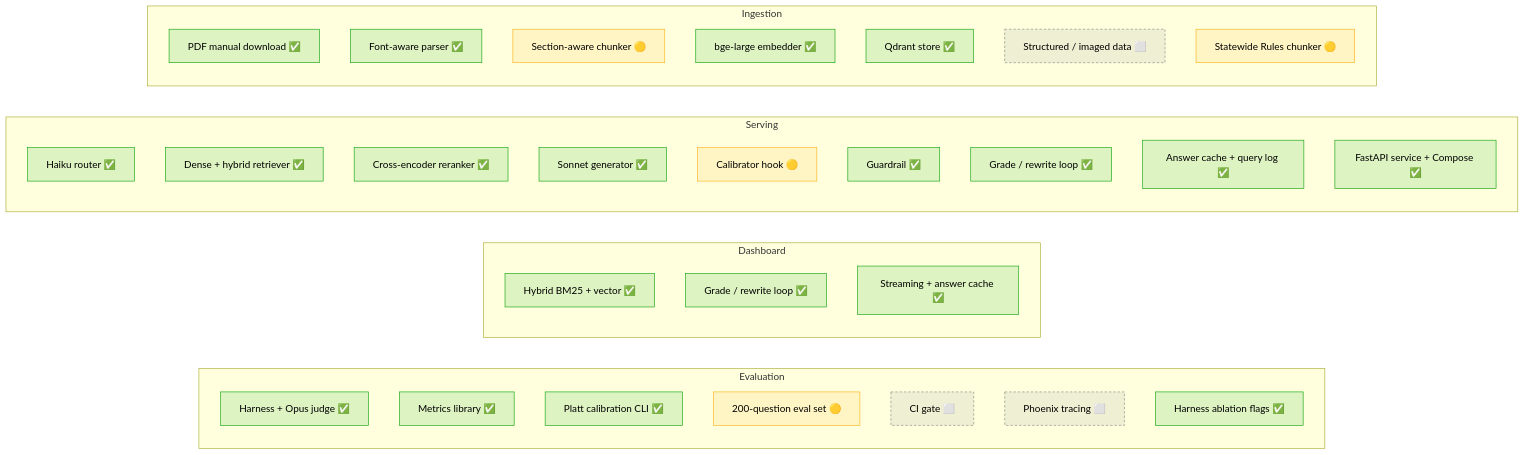
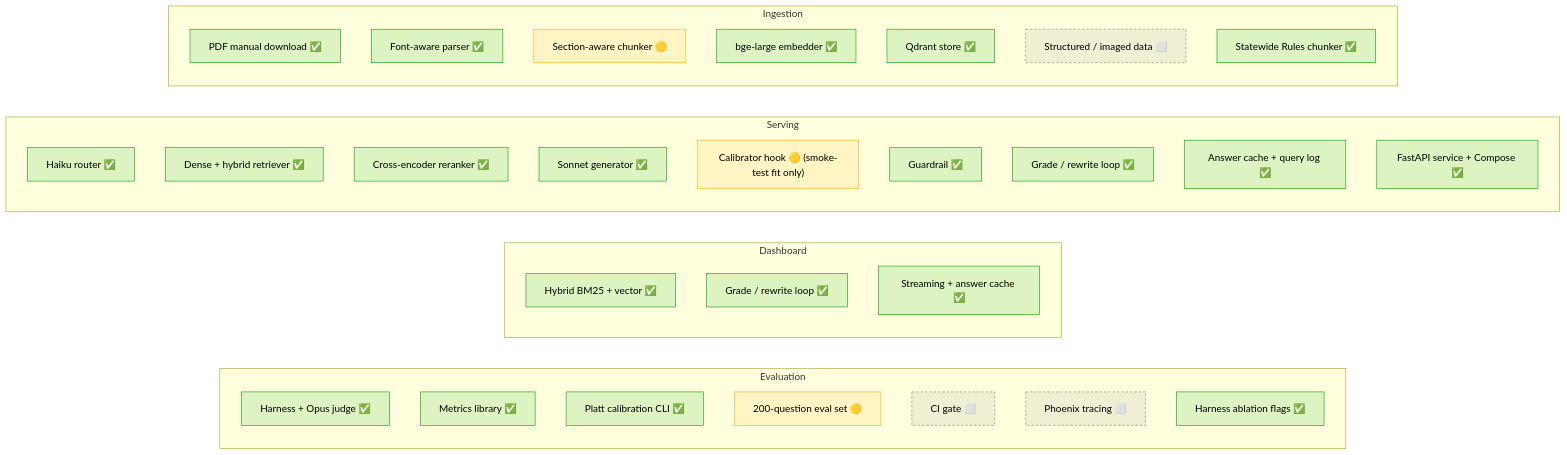
One commit to drealchux/troa changed the second of 9 diagrams in ARCHITECTURE.md. Above: the diagram before and after it, drawn with Mermaid. The commit also changed other lines of this file and 18 other files, not shown here.

````diff
--- a/ARCHITECTURE.md
+++ b/ARCHITECTURE.md
@@ -93,45 +93,45 @@
 ```mermaid
 flowchart LR
     classDef done fill:#0ca30c22,stroke:#0ca30c,color:inherit
     classDef partial fill:#fab21922,stroke:#fab219,color:inherit
     classDef planned fill:#88888822,stroke:#888888,stroke-dasharray:4 3,color:inherit
 
     subgraph Evaluation
         direction TB
         C1["Harness + Opus judge ✅"]:::done
         C2["Metrics library ✅"]:::done
         C3["Platt calibration CLI ✅"]:::done
         C4["200-question eval set 🟡"]:::partial
         C5["CI gate ⬜"]:::planned
         C6["Phoenix tracing ⬜"]:::planned
         C7["Harness ablation flags ✅"]:::done
     end
     subgraph Dashboard
         direction TB
         D1["Hybrid BM25 + vector ✅"]:::done
         D2["Grade / rewrite loop ✅"]:::done
         D3["Streaming + answer cache ✅"]:::done
     end
     subgraph Serving
         direction TB
         B1["Haiku router ✅"]:::done
         B2["Dense + hybrid retriever ✅"]:::done
         B3["Cross-encoder reranker ✅"]:::done
         B4["Sonnet generator ✅"]:::done
-        B5["Calibrator hook 🟡"]:::partial
+        B5["Calibrator hook 🟡 (smoke-test fit only)"]:::partial
         B6["Guardrail ✅"]:::done
         B8["Grade / rewrite loop ✅"]:::done
         B9["Answer cache + query log ✅"]:::done
         B7["FastAPI service + Compose ✅"]:::done
     end
     subgraph Ingestion
         direction TB
         A1["PDF manual download ✅"]:::done
         A2["Font-aware parser ✅"]:::done
         A3["Section-aware chunker 🟡"]:::partial
         A4["bge-large embedder ✅"]:::done
         A5["Qdrant store ✅"]:::done
         A6["Structured / imaged data ⬜"]:::planned
-        A7["Statewide Rules chunker 🟡"]:::partial
+        A7["Statewide Rules chunker ✅"]:::done
     end
 ```
````
